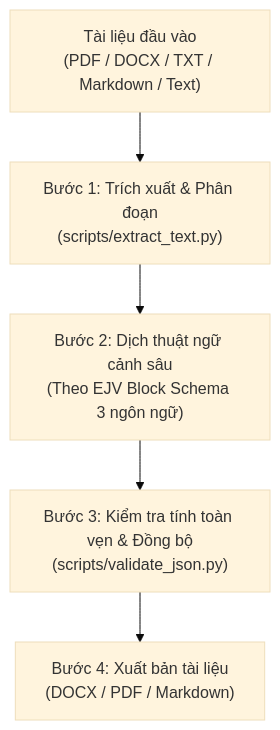
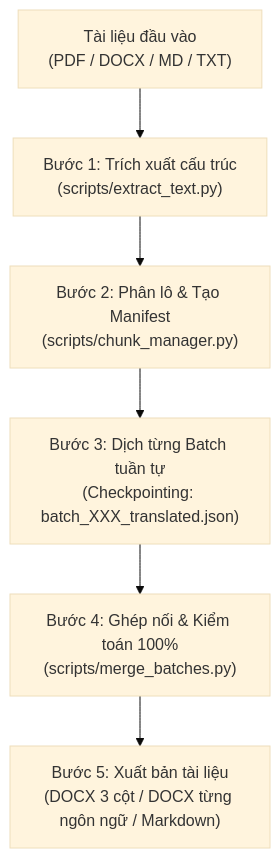
One commit to bangluutru/ai-workforce changed the diagram in .agents/skills/ejv-translate/SKILL.md. Above: the diagram before and after it, drawn with Mermaid (base theme). The commit also changed other lines of this file and 4 other files, not shown here.

Commit message:
fix(ejv-translate): kiến trúc phân lô chống tràn token (chunk_manager & merge_batches) bảo đảm dịch 100% tài liệu dài

````diff
--- a/.agents/skills/ejv-translate/SKILL.md
+++ b/.agents/skills/ejv-translate/SKILL.md
@@ -26,7 +27,8 @@
 ```mermaid
 graph TD
-    A["Tài liệu đầu vào<br/>(PDF / DOCX / TXT / Markdown / Text)"] --> B["Bước 1: Trích xuất & Phân đoạn<br/>(scripts/extract_text.py)"]
-    B --> C["Bước 2: Dịch thuật ngữ cảnh sâu<br/>(Theo EJV Block Schema 3 ngôn ngữ)"]
-    C --> D["Bước 3: Kiểm tra tính toàn vẹn & Đồng bộ<br/>(scripts/validate_json.py)"]
-    D --> E["Bước 4: Xuất bản tài liệu<br/>(DOCX / PDF / Markdown)"]
+    A["Tài liệu đầu vào<br/>(PDF / DOCX / MD / TXT)"] --> B["Bước 1: Trích xuất cấu trúc<br/>(scripts/extract_text.py)"]
+    B --> C["Bước 2: Phân lô & Tạo Manifest<br/>(scripts/chunk_manager.py)"]
+    C --> D["Bước 3: Dịch từng Batch tuần tự<br/>(Checkpointing: batch_XXX_translated.json)"]
+    D --> E["Bước 4: Ghép nối & Kiểm toán 100%<br/>(scripts/merge_batches.py)"]
+    E --> F["Bước 5: Xuất bản tài liệu<br/>(DOCX 3 cột / DOCX từng ngôn ngữ / Markdown)"]
 ```
````
